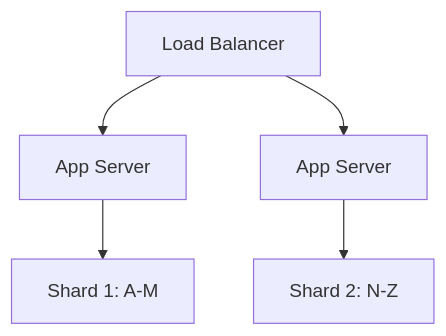
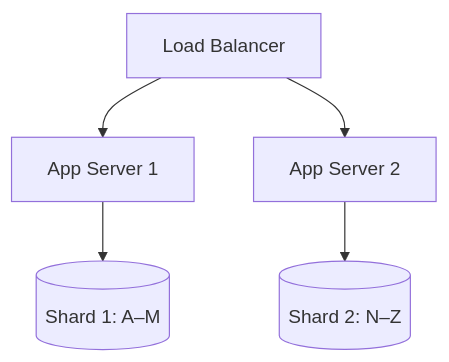
Before and after one commit to riyaz-pasha/Learnings: the third of 16 diagrams in system-design/HLD/0-course/37-Typeahead-Suggestion-FAANG-Guide-story.md, drawn with Mermaid. The commit also changed other lines of this file and 1 other file, not shown here.

Commit message:
[REWRITE] Typeahead Suggestion story guide: simplify prose, add structure, fix diagrams

````diff
--- a/system-design/HLD/0-course/37-Typeahead-Suggestion-FAANG-Guide-story.md
+++ b/system-design/HLD/0-course/37-Typeahead-Suggestion-FAANG-Guide-story.md
@@ -68,6 +178,7 @@
 ```mermaid
 flowchart TB
-    LB["Load Balancer"] --> AS1["App Server"] & AS2["App Server"]
-    AS1 --> S1["Shard 1: A-M"]
-    AS2 --> S2["Shard 2: N-Z"]
+    LB["Load Balancer"] --> AS1["App Server 1"]
+    LB --> AS2["App Server 2"]
+    AS1 --> S1[("Shard 1: A–M")]
+    AS2 --> S2[("Shard 2: N–Z")]
 ```
````
